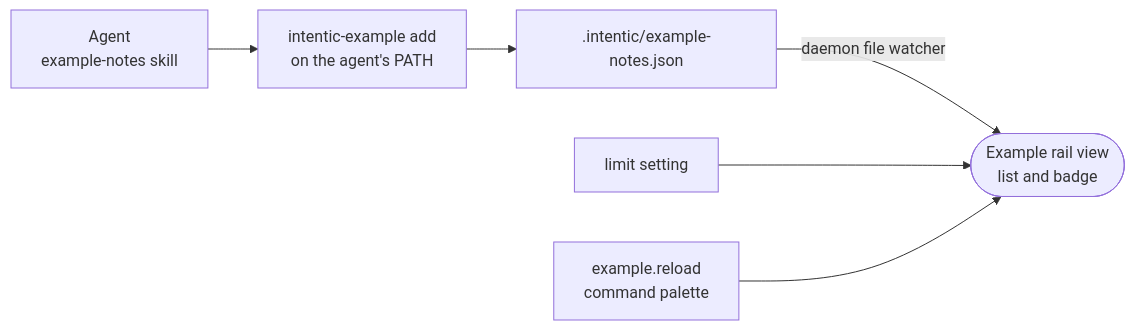
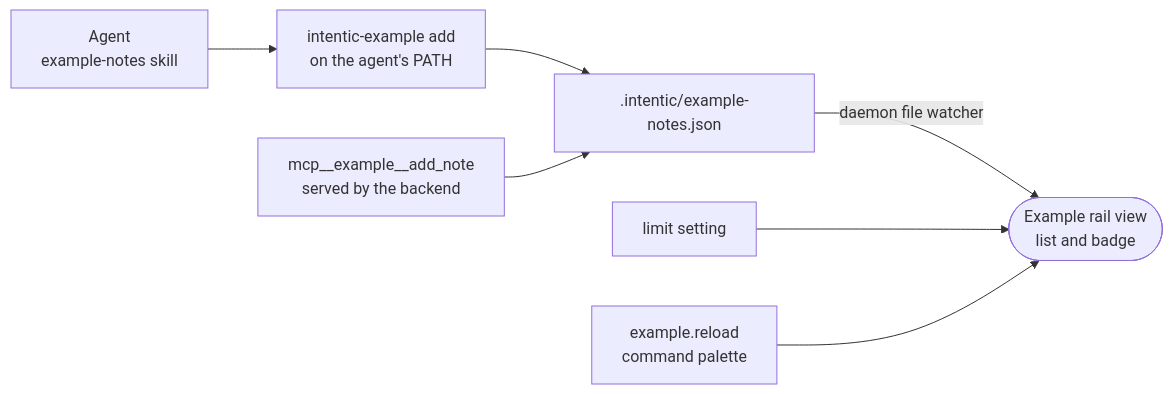
One commit to intentic/intentic changed the diagram in _tools/extension-example/seed/README.md. Above: the diagram before and after it, drawn with Mermaid. The commit also changed other lines of this file and 15 other files, not shown here.

First line of the commit message:
feat(sandbox): add hostKeyOf skip, manifestOf on formEffects, and example server tools

````diff
--- a/_tools/extension-example/seed/README.md
+++ b/_tools/extension-example/seed/README.md
@@ -5,8 +5,9 @@
 ```mermaid
 flowchart LR
     skill["Agent<br/>example-notes skill"] --> cli["intentic-example add<br/>on the agent's PATH"]
     cli --> file[".intentic/example-notes.json"]
+    tools["mcp__example__add_note<br/>served by the backend"] --> file
     file -->|"daemon file watcher"| view(["Example rail view<br/>list and badge"])
     setting["limit setting"] --> view
     command["example.reload<br/>command palette"] --> view
 ```
````
